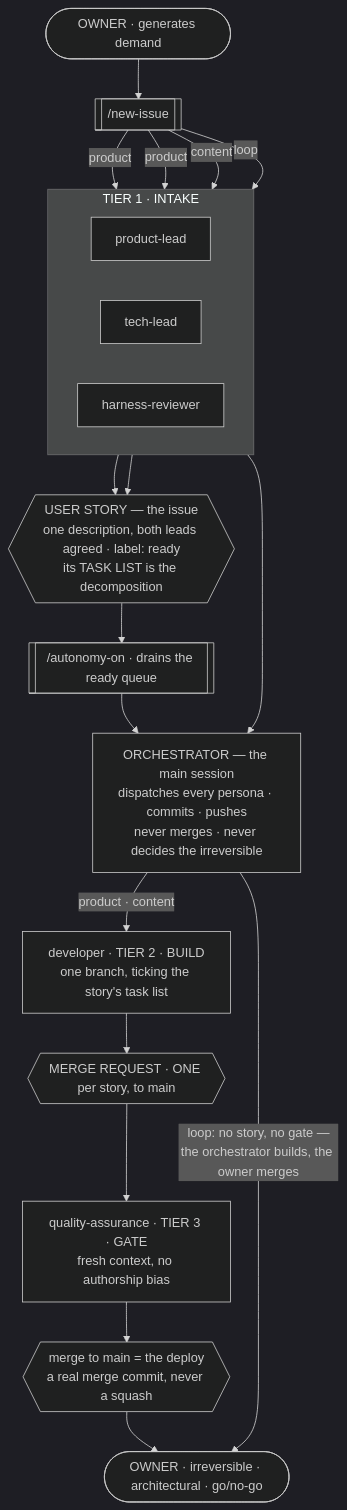
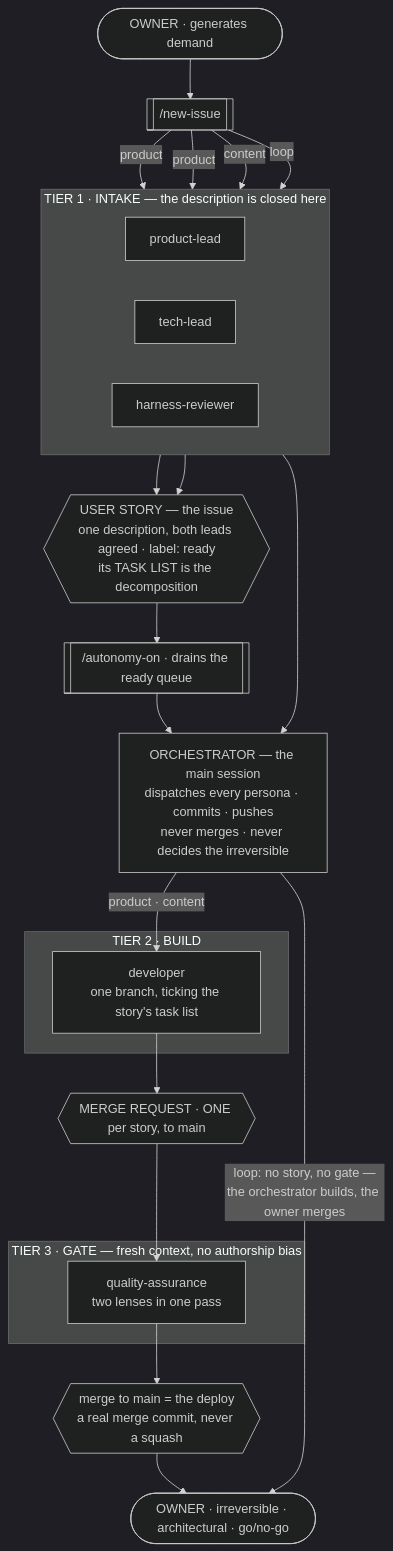
The first of 4 diagrams in README.md (tedeuxx/tadeumendonca-skills), drawn with Mermaid (dark theme) before and after one commit. The commit also changed 17 other files, not shown here.

````diff
--- a/README.md
+++ b/README.md
@@ -100,42 +100,49 @@
 ```mermaid
 flowchart TB
   O(["OWNER · generates demand"])
   NI[["/new-issue"]]
 
-  subgraph T1["TIER 1 · INTAKE"]
+  subgraph T1["TIER 1 · INTAKE — the description is closed here"]
     direction LR
     PL["product-lead"]
     TL["tech-lead"]
     HR["harness-reviewer"]
   end
 
   US{{"USER STORY — the issue<br/>one description, both leads agreed · label: ready<br/>its TASK LIST is the decomposition"}}
   AO[["/autonomy-on · drains the ready queue"]]
 
   ORCH["ORCHESTRATOR — the main session<br/>dispatches every persona · commits · pushes<br/>never merges · never decides the irreversible"]
 
-  DEV["developer · TIER 2 · BUILD<br/>one branch, ticking the story's task list"]
+  subgraph T2["TIER 2 · BUILD"]
+    DEV["developer<br/>one branch, ticking the story's task list"]
+  end
+
   MR{{"MERGE REQUEST · ONE per story, to main"}}
-  QA["quality-assurance · TIER 3 · GATE<br/>fresh context, no authorship bias"]
+
+  subgraph T3["TIER 3 · GATE — fresh context, no authorship bias"]
+    QA["quality-assurance<br/>two lenses in one pass"]
+  end
+
   M{{"merge to main = the deploy<br/>a real merge commit, never a squash"}}
   OUT(["OWNER · irreversible · architectural · go/no-go"])
 
   O --> NI
   NI -->|product| PL
   NI -->|product| TL
   NI -->|content| PL
   NI -->|loop| HR
 
   PL --> US
   TL --> US
   US --> AO
   AO --> ORCH
   ORCH -->|"product · content"| DEV
   DEV --> MR
   MR --> QA
   QA --> M
   M --> OUT
 
   HR --> ORCH
   ORCH -->|"loop: no story, no gate —<br/>the orchestrator builds, the owner merges"| OUT
 ```
````
